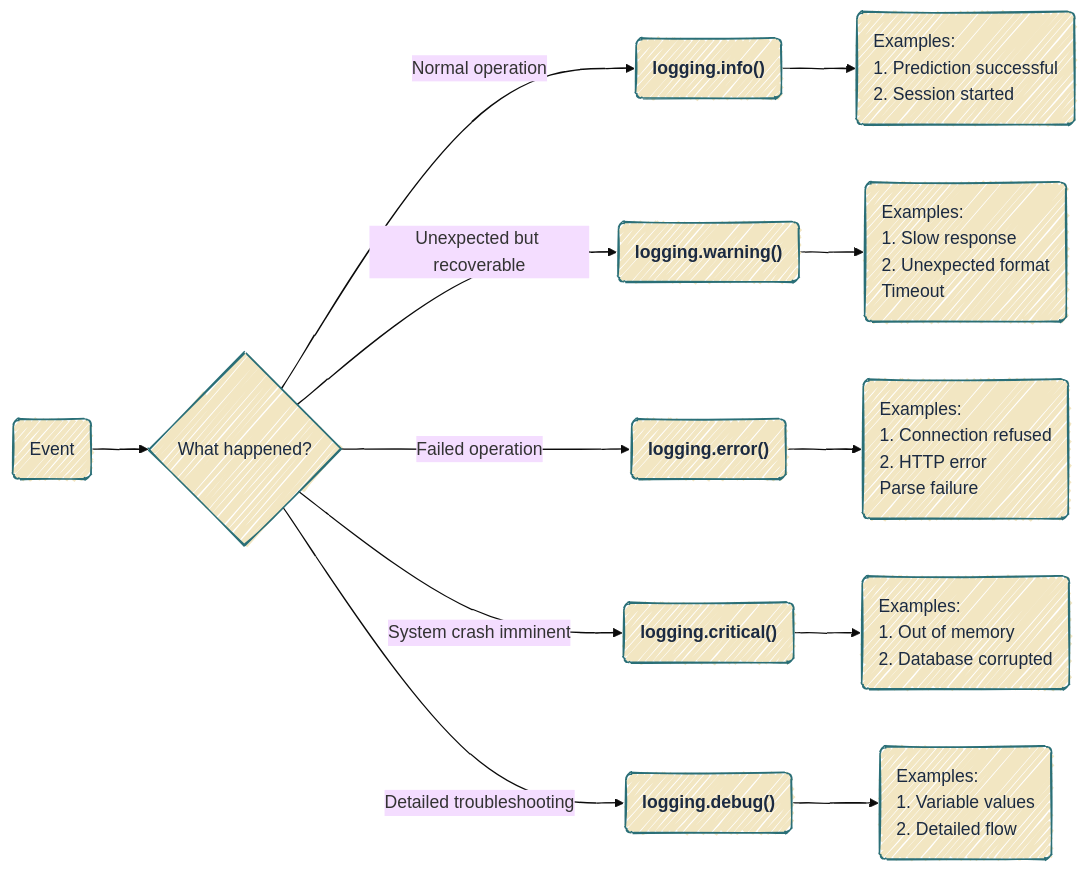
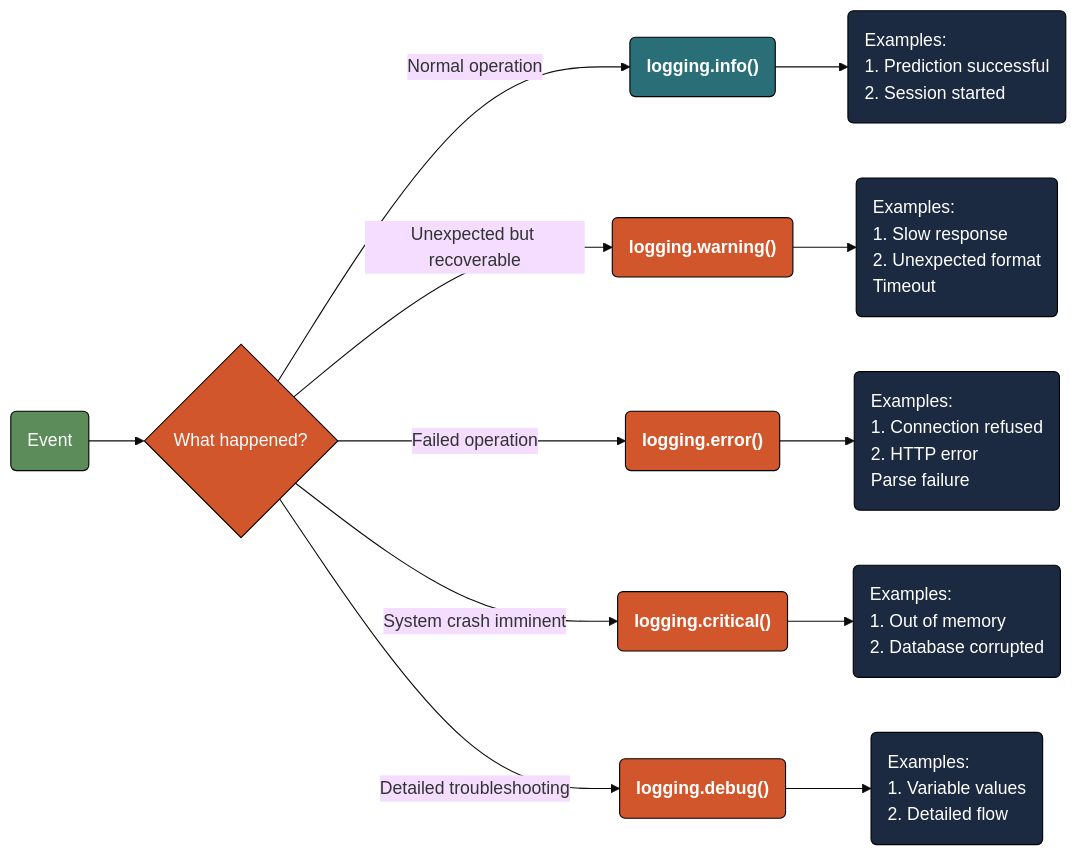
One commit to mjfrigaard/do4ds-labs changed diagram 13 of 15 in app-log-py.qmd. Above: the diagram before and after it, drawn with Mermaid. The commit also changed other lines of this file and 48 other files, not shown here.

````diff
--- a/app-log-py.qmd
+++ b/app-log-py.qmd
@@ -1588,30 +1628,36 @@
 ```{mermaid}
 %%| fig-cap: 'Logging Levels Decision Tree'
 %%| fig-width: 7.0
-%%| fig-align: center
-%%{init: {'theme': 'base', 'look': 'handDrawn', 'themeVariables': {'fontFamily': 'monospace'}}}%%
+%%| fig-align: 'center'
+%%{init: {'theme': 'base', 'themeVariables': {'fontFamily': 'monospace'}}}%%
 
 graph LR
     A("Event") --> B{"What happened?"}
-    
+
     B -->|Normal operation| C("<strong>logging.info()</strong>")
     B -->|Unexpected but recoverable| D("<strong>logging.warning()</strong>")
     B -->|Failed operation| E("<strong>logging.error()</strong>")
     B -->|System crash imminent| F("<strong>logging.critical()</strong>")
     B -->|Detailed troubleshooting| G("<strong>logging.debug()</strong>")
-    
+
     C --> C1("Examples:<br>1. Prediction successful<br>2. Session started")
     D --> D1("Examples:<br>1. Slow response<br>2. Unexpected format<br>Timeout")
     E --> E1("Examples:<br>1. Connection refused<br>2. HTTP error<br>Parse failure")
     F --> F1("Examples:<br>1. Out of memory<br>2. Database corrupted")
     G --> G1("Examples:<br>1. Variable values<br>2. Detailed flow")
-    
-    style C1 text-align:left
-    style D1 text-align:left
-    style E1 text-align:left
-    style F1 text-align:left
-    style G1 text-align:left
-    classDef default fill:#F2E6C2,stroke:#2A6F77,color:#1B2A41
+
+    style A fill:#5B8C5A,stroke:#000000,stroke-width:1px,color:#ffffff
+    style B fill:#D2562B,stroke:#000000,stroke-width:1px,color:#ffffff
+    style C fill:#2A6F77,stroke:#000000,stroke-width:1px,color:#ffffff
+    style D fill:#D2562B,stroke:#000000,stroke-width:1px,color:#ffffff
+    style E fill:#D2562B,stroke:#000000,stroke-width:1px,color:#ffffff
+    style F fill:#D2562B,stroke:#000000,stroke-width:1px,color:#ffffff
+    style G fill:#D2562B,stroke:#000000,stroke-width:1px,color:#ffffff
+    style C1 fill:#1B2A41,stroke:#000000,stroke-width:1px,color:#ffffff,text-align:left
+    style D1 fill:#1B2A41,stroke:#000000,stroke-width:1px,color:#ffffff,text-align:left
+    style E1 fill:#1B2A41,stroke:#000000,stroke-width:1px,color:#ffffff,text-align:left
+    style F1 fill:#1B2A41,stroke:#000000,stroke-width:1px,color:#ffffff,text-align:left
+    style G1 fill:#1B2A41,stroke:#000000,stroke-width:1px,color:#ffffff,text-align:left
     
     
 ```
````
